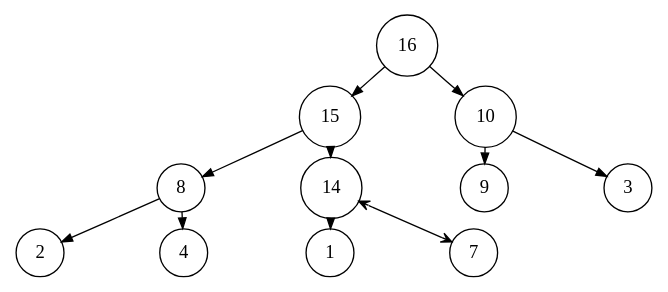
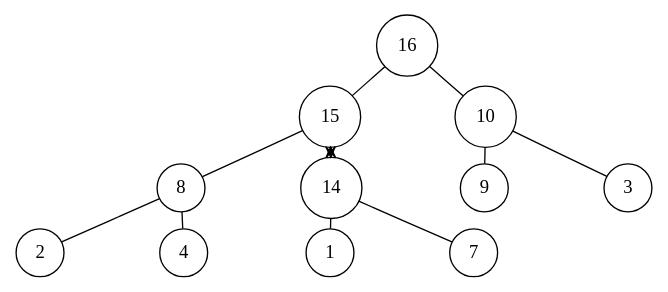
The diagram in Assignments/Assignment 2/Graphs/Q2/C/BT2C3.gv (fletchto99/CSI2110), drawn with Graphviz before and after one commit. The commit also changed 21 other files, not shown here.

Commit message:
Generated graphs

```diff
--- a/Assignments/Assignment 2/Graphs/Q2/C/BT2C3.gv
+++ b/Assignments/Assignment 2/Graphs/Q2/C/BT2C3.gv
@@ -1,18 +1,18 @@
 digraph BT2C1 {
     nodesep=1;
     ranksep=0.1;
     margin=0;
     graph [ordering="out"]
     node [shape=circle];
-    edge [arrowsize=0.8];
+    edge [arrowsize=0.8, arrowhead=none, arrowtail=none];
     16 -> 15;
     16 -> 10;
     15 -> 8;
-    15 -> 14;
+    15 -> 14 [arrowhead=vee, arrowtail=vee, dir=both];
     10 -> 9;
     10 -> 3;
     8 -> 2;
     8 -> 4;
     14 -> 1;
-    14 -> 7 [arrowhead=vee, arrowtail=vee, dir=both];
+    14 -> 7;
 }
```
